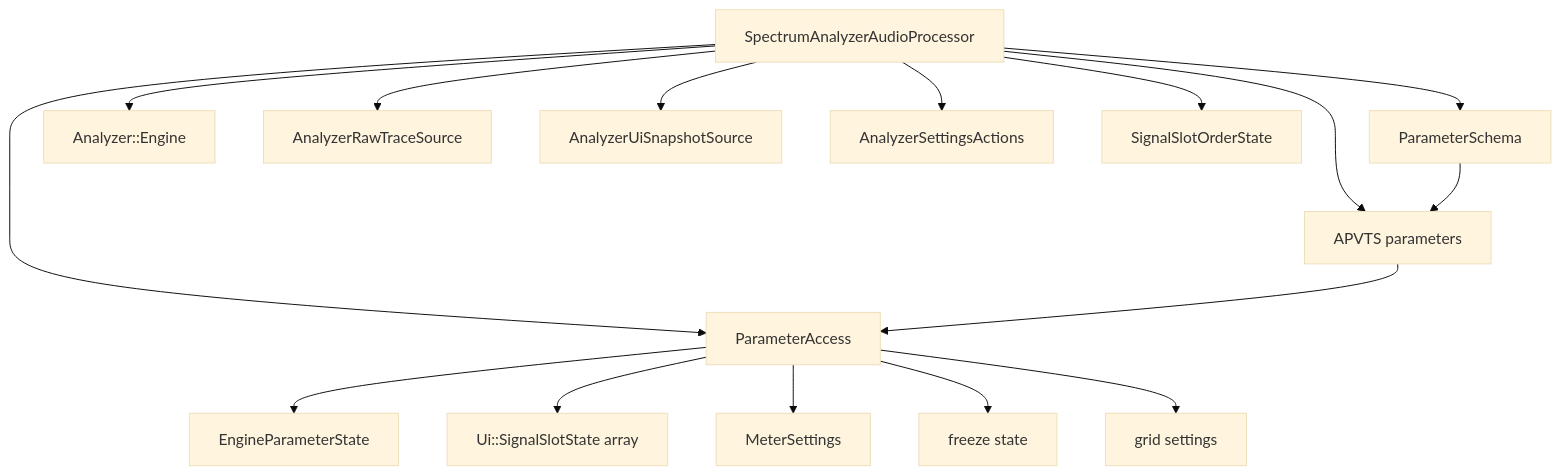
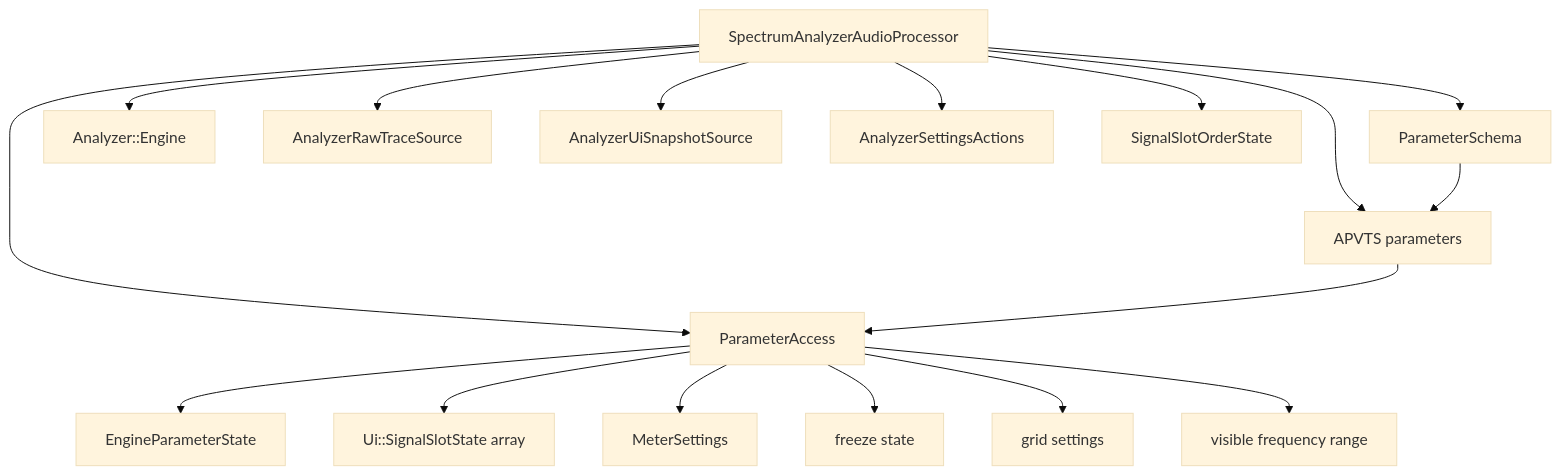
The second of 7 diagrams in docs/audio-processing-architecture.md (Silenterc/Band-Spectrum-Analyzer), drawn with Mermaid (base theme) before and after one commit. The commit also changed 12 other files, not shown here.

````diff
--- a/docs/audio-processing-architecture.md
+++ b/docs/audio-processing-architecture.md
@@ -46,19 +46,20 @@
 ```mermaid
 flowchart TD
     Processor[SpectrumAnalyzerAudioProcessor] --> APVTS[APVTS parameters]
     Processor --> ParamSchema[ParameterSchema]
     Processor --> ParamAccess[ParameterAccess]
     Processor --> Engine[Analyzer::Engine]
     Processor --> RawTraceSource[AnalyzerRawTraceSource]
     Processor --> SnapshotSource[AnalyzerUiSnapshotSource]
     Processor --> Settings[AnalyzerSettingsActions]
     Processor --> SlotOrderState[SignalSlotOrderState]
 
     ParamSchema --> APVTS
     APVTS --> ParamAccess
     ParamAccess --> EngineParams[EngineParameterState]
     ParamAccess --> UiSlots[Ui::SignalSlotState array]
     ParamAccess --> Meter[MeterSettings]
     ParamAccess --> Freeze[freeze state]
     ParamAccess --> Grid[grid settings]
+    ParamAccess --> ViewRange[visible frequency range]
 ```
````
